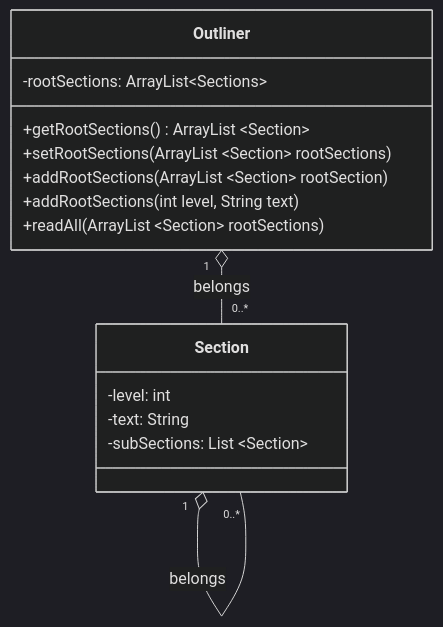
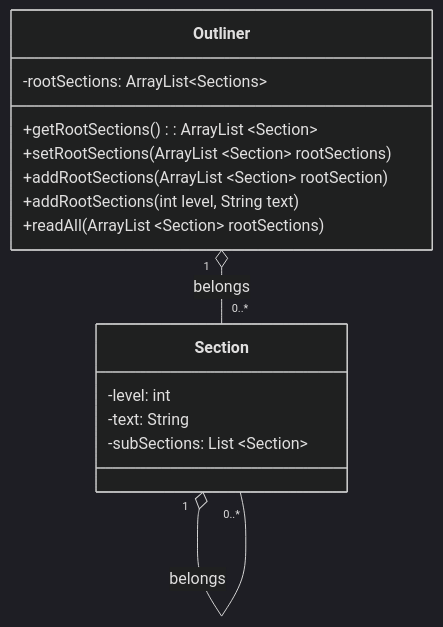
The diagram in docs/UMLTemplate.md (itsjihunpark/Microsoft-Word-Outliner-Clone), drawn with Mermaid (dark theme) before and after one commit.

````diff
--- a/docs/UMLTemplate.md
+++ b/docs/UMLTemplate.md
@@ -24,19 +24,19 @@
 ```mermaid
 classDiagram
     Outliner "1" o-- "0..*" Section : belongs
     Section "1" o-- "0..*" Section : belongs 
     class Outliner{
       -rootSections: ArrayList~Sections~
-      +getRootSections() ArrayList ~Section~
+      +getRootSections(): ArrayList ~Section~
       +setRootSections(ArrayList ~Section~ rootSections) 
       +addRootSections(ArrayList ~Section~ rootSection)
       +addRootSections(int level, String text)
       +readAll(ArrayList ~Section~ rootSections)
     }
     class Section{
       -level: int
       -text: String
       -subSections: List ~Section~
     }
 
 ```
````
